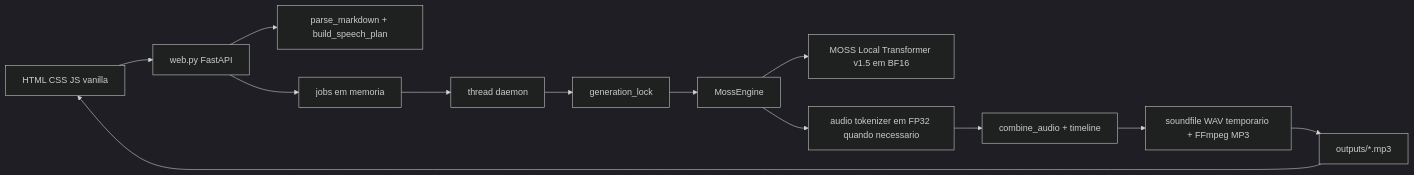
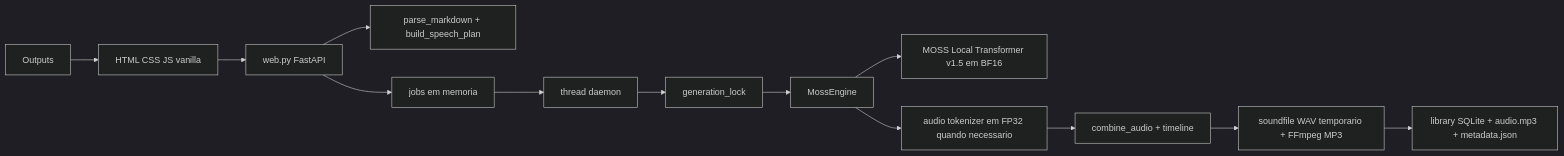
The first of 2 diagrams in docs/ARCHITECTURE.md (DanielCamposSantos/markdown-tts), drawn with Mermaid (dark theme) before and after one commit. The commit also changed other lines of this file and 18 other files, not shown here.

````diff
--- a/docs/ARCHITECTURE.md
+++ b/docs/ARCHITECTURE.md
@@ -13,15 +13,15 @@
 ```mermaid
 flowchart LR
     Browser[HTML CSS JS vanilla] --> API[web.py FastAPI]
     API --> Plan[parse_markdown + build_speech_plan]
     API --> Jobs[jobs em memoria]
     Jobs --> Thread[thread daemon]
     Thread --> Lock[generation_lock]
     Lock --> Engine[MossEngine]
     Engine --> Model[MOSS Local Transformer v1.5 em BF16]
     Engine --> Codec[audio tokenizer em FP32 quando necessario]
     Codec --> Assemble[combine_audio + timeline]
     Assemble --> IO[soundfile WAV temporario + FFmpeg MP3]
-    IO --> Outputs[outputs/*.mp3]
+    IO --> Library[library SQLite + audio.mp3 + metadata.json]
     Outputs --> Browser
 ```
````
